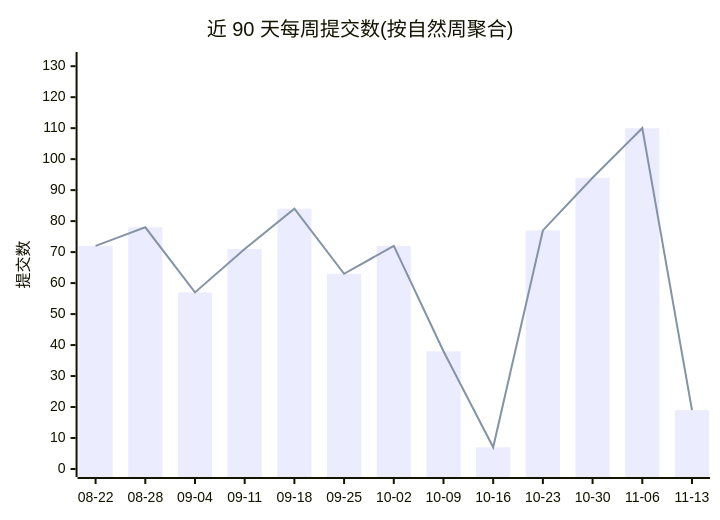
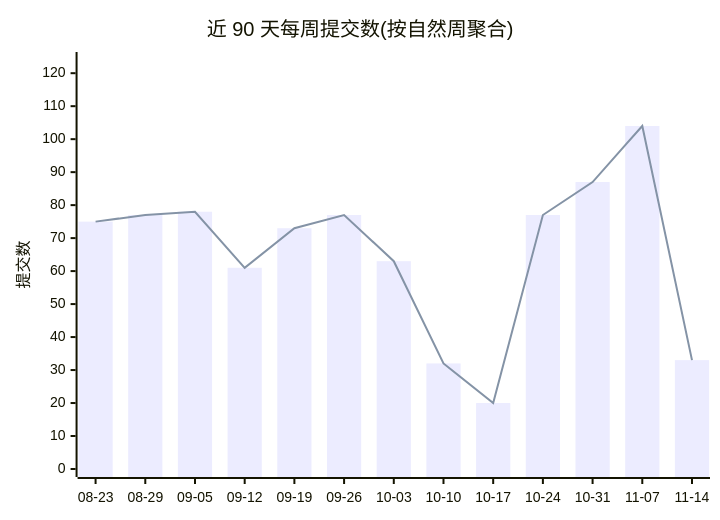
Before and after one commit to Conflux-Union/.github: the first of 2 diagrams in profile/README.md, drawn with Mermaid. The commit also changed other lines of this file and 1 other file, not shown here.

````diff
--- a/profile/README.md
+++ b/profile/README.md
@@ -47,8 +47,8 @@
 ```mermaid
 xychart-beta
     title "近 90 天每周提交数(按自然周聚合)"
-    x-axis ["08-22", "08-28", "09-04", "09-11", "09-18", "09-25", "10-02", "10-09", "10-16", "10-23", "10-30", "11-06", "11-13"]
-    y-axis "提交数" 0 --> 132
-    bar [72, 78, 57, 71, 84, 63, 72, 38, 7, 77, 94, 110, 19]
-    line [72, 78, 57, 71, 84, 63, 72, 38, 7, 77, 94, 110, 19]
+    x-axis ["08-23", "08-29", "09-05", "09-12", "09-19", "09-26", "10-03", "10-10", "10-17", "10-24", "10-31", "11-07", "11-14"]
+    y-axis "提交数" 0 --> 124
+    bar [75, 77, 78, 61, 73, 77, 63, 32, 20, 77, 87, 104, 33]
+    line [75, 77, 78, 61, 73, 77, 63, 32, 20, 77, 87, 104, 33]
 ```
````
